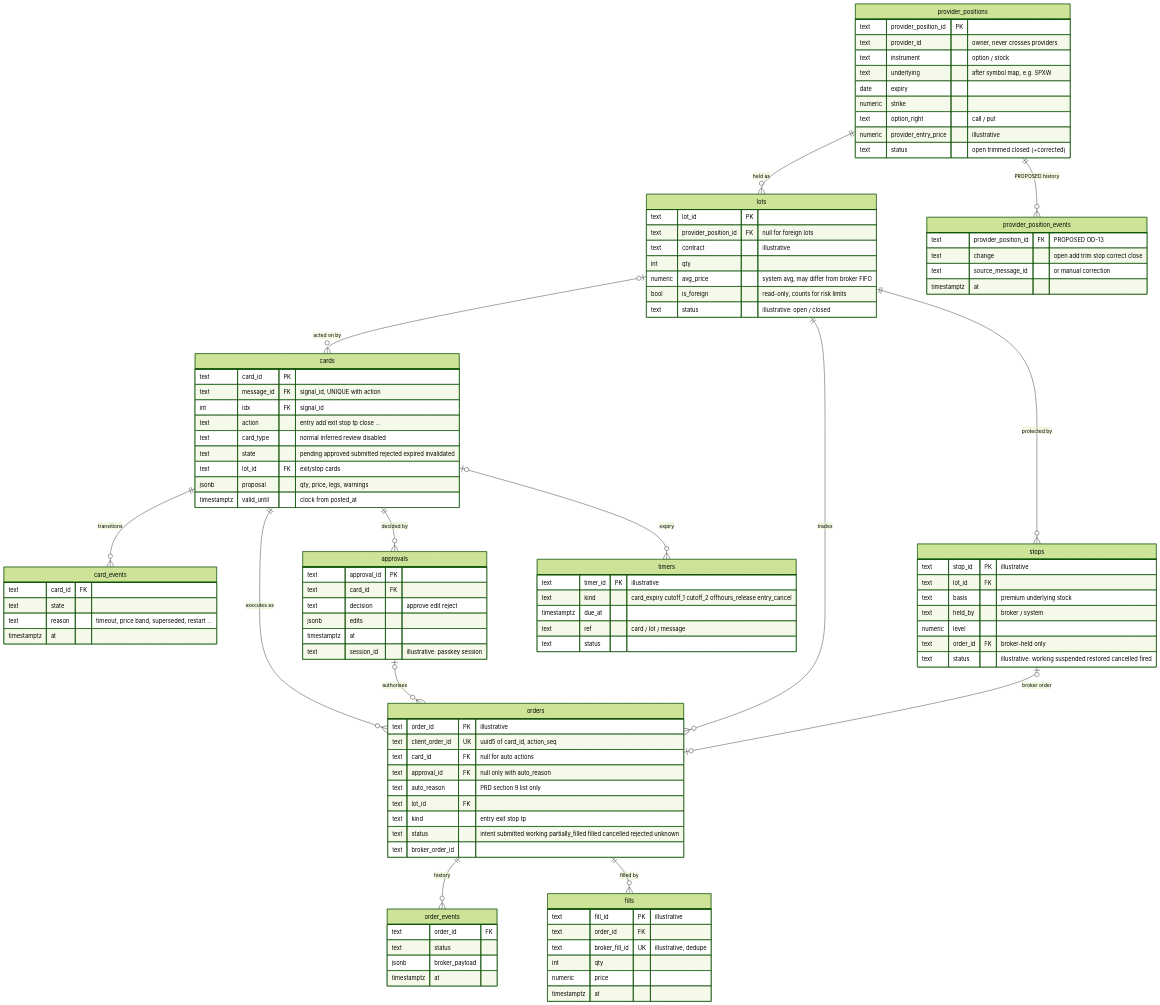
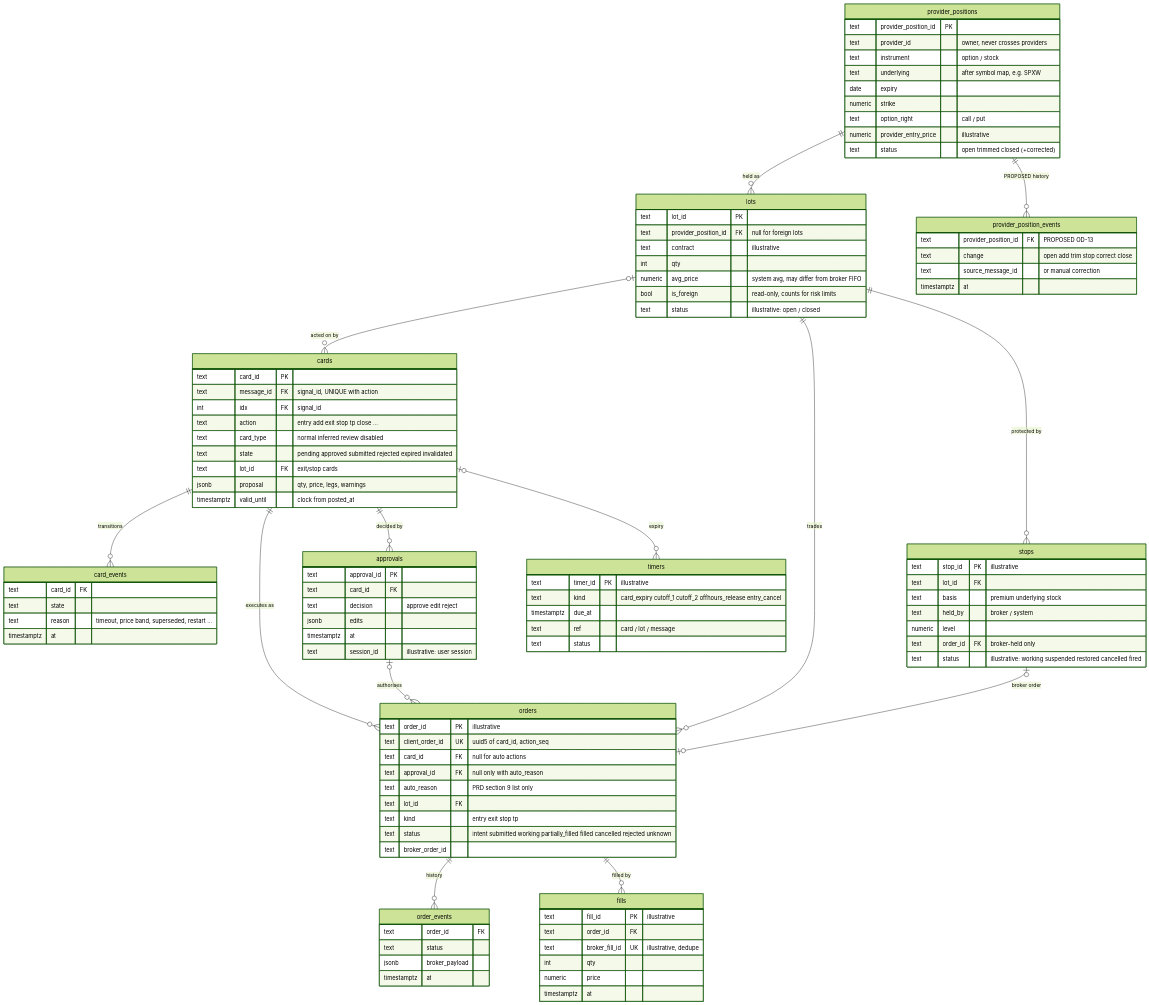
Before and after one commit to idolrun/trading-agent: the third of 7 diagrams in docs/diagrams/07-data-model.md, drawn with Mermaid (forest theme). The commit also changed 83 other files, not shown here.

```diff
--- a/docs/diagrams/07-data-model.md
+++ b/docs/diagrams/07-data-model.md
@@ -179,7 +179,7 @@
         text decision "approve edit reject"
         jsonb edits
         timestamptz at
-        text session_id "illustrative: passkey session"
+        text session_id "illustrative: user session"
     }
     orders {
         text order_id PK "illustrative"
```
